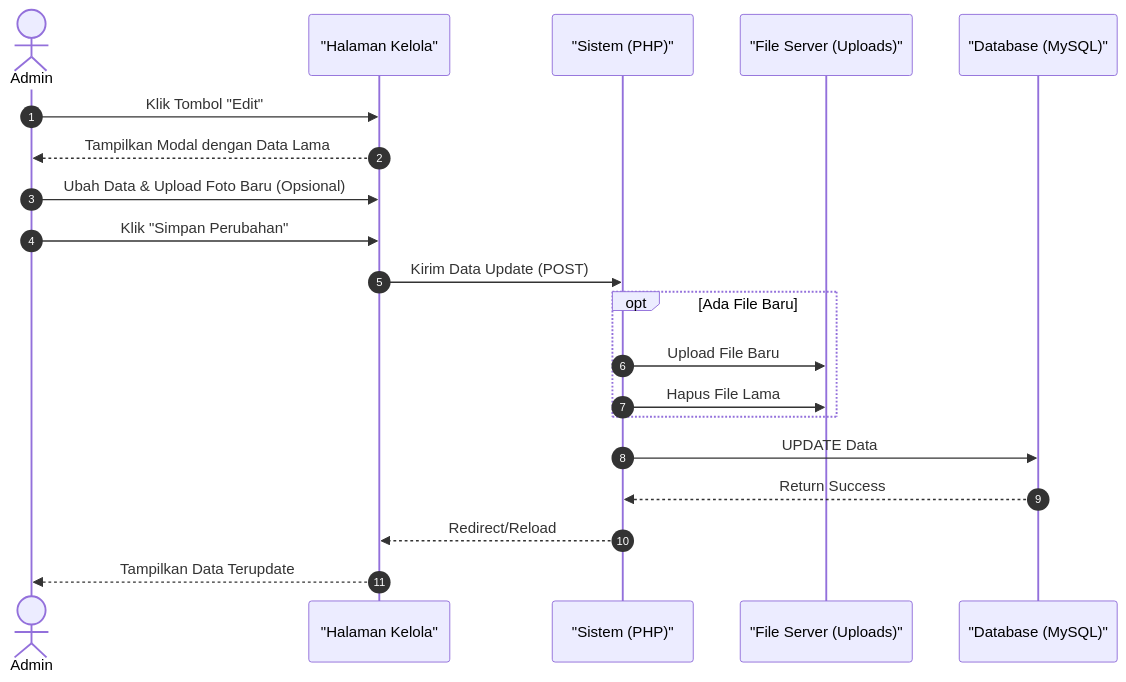
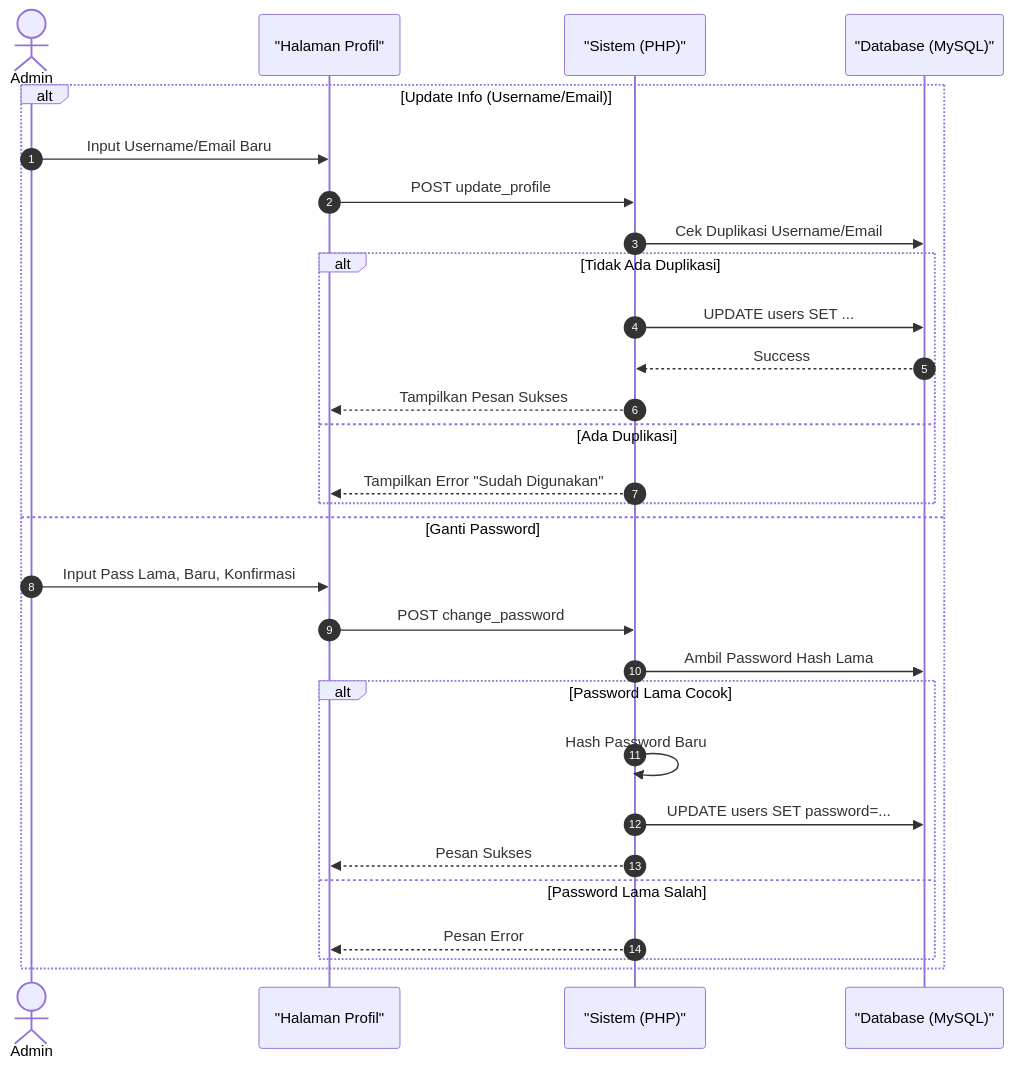
The fourth of 10 diagrams in docs/sequence_diagram_admin.md (arbain-dev/Web_fikom), drawn with Mermaid before and after one commit. The commit also changed other lines of this file, not shown here.

Commit message:
Add comprehensive sequence diagrams for all admin modules

````diff
--- a/docs/sequence_diagram_admin.md
+++ b/docs/sequence_diagram_admin.md
@@ -84,27 +106,35 @@
 ```mermaid
 sequenceDiagram
     autonumber
     actor Admin
-    participant View as "Halaman Kelola"
+    participant View as "Halaman Profil"
     participant System as "Sistem (PHP)"
-    participant Server as "File Server (Uploads)"
     participant DB as "Database (MySQL)"
 
-    Admin->>View: Klik Tombol "Edit"
-    View-->>Admin: Tampilkan Modal dengan Data Lama
-    
-    Admin->>View: Ubah Data & Upload Foto Baru (Opsional)
-    Admin->>View: Klik "Simpan Perubahan"
-    View->>System: Kirim Data Update (POST)
-
-    opt Ada File Baru
-        System->>Server: Upload File Baru
-        System->>Server: Hapus File Lama
+    alt Update Info (Username/Email)
+        Admin->>View: Input Username/Email Baru
+        View->>System: POST update_profile
+        System->>DB: Cek Duplikasi Username/Email
+        
+        alt Tidak Ada Duplikasi
+            System->>DB: UPDATE users SET ...
+            DB-->>System: Success
+            System-->>View: Tampilkan Pesan Sukses
+        else Ada Duplikasi
+            System-->>View: Tampilkan Error "Sudah Digunakan"
+        end
+        
+    else Ganti Password
+        Admin->>View: Input Pass Lama, Baru, Konfirmasi
+        View->>System: POST change_password
+        System->>DB: Ambil Password Hash Lama
+        
+        alt Password Lama Cocok
+            System->>System: Hash Password Baru
+            System->>DB: UPDATE users SET password=...
+            System-->>View: Pesan Sukses
+        else Password Lama Salah
+            System-->>View: Pesan Error
+        end
     end
-
-    System->>DB: UPDATE Data
-    DB-->>System: Return Success
-    
-    System-->>View: Redirect/Reload
-    View-->>Admin: Tampilkan Data Terupdate
 ```
````
